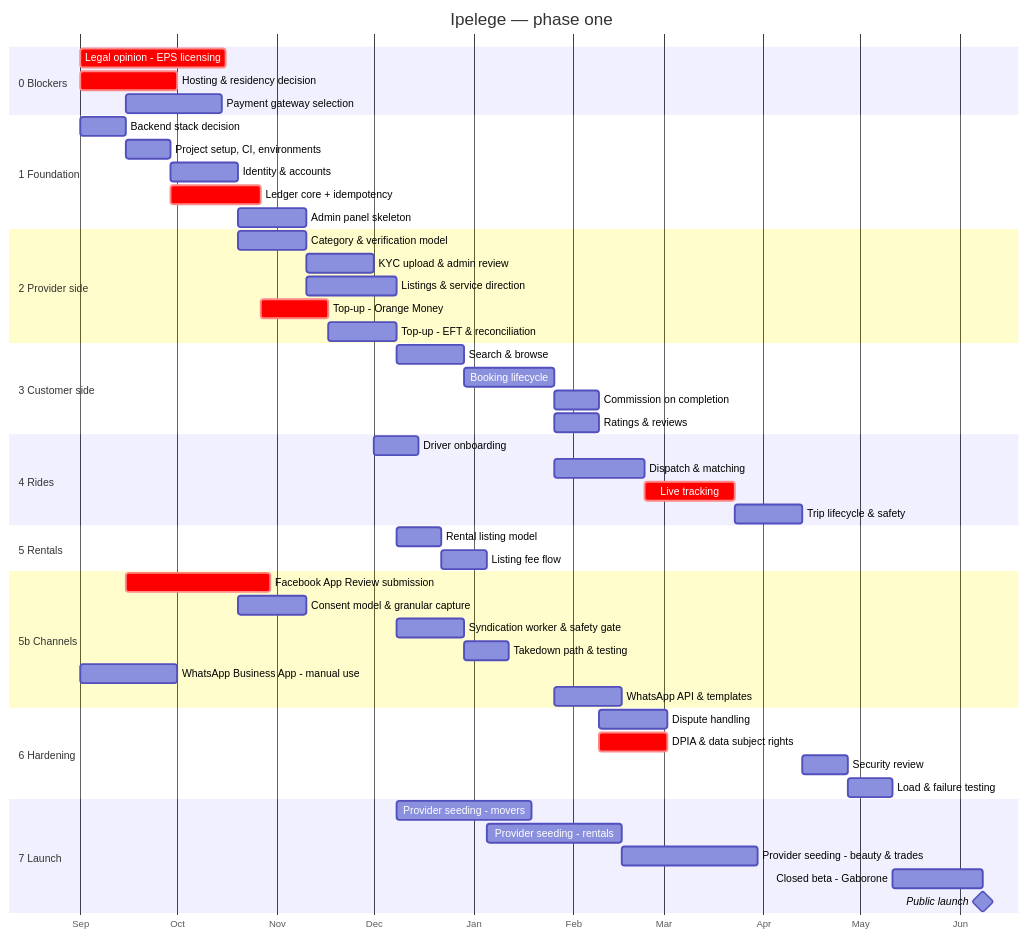
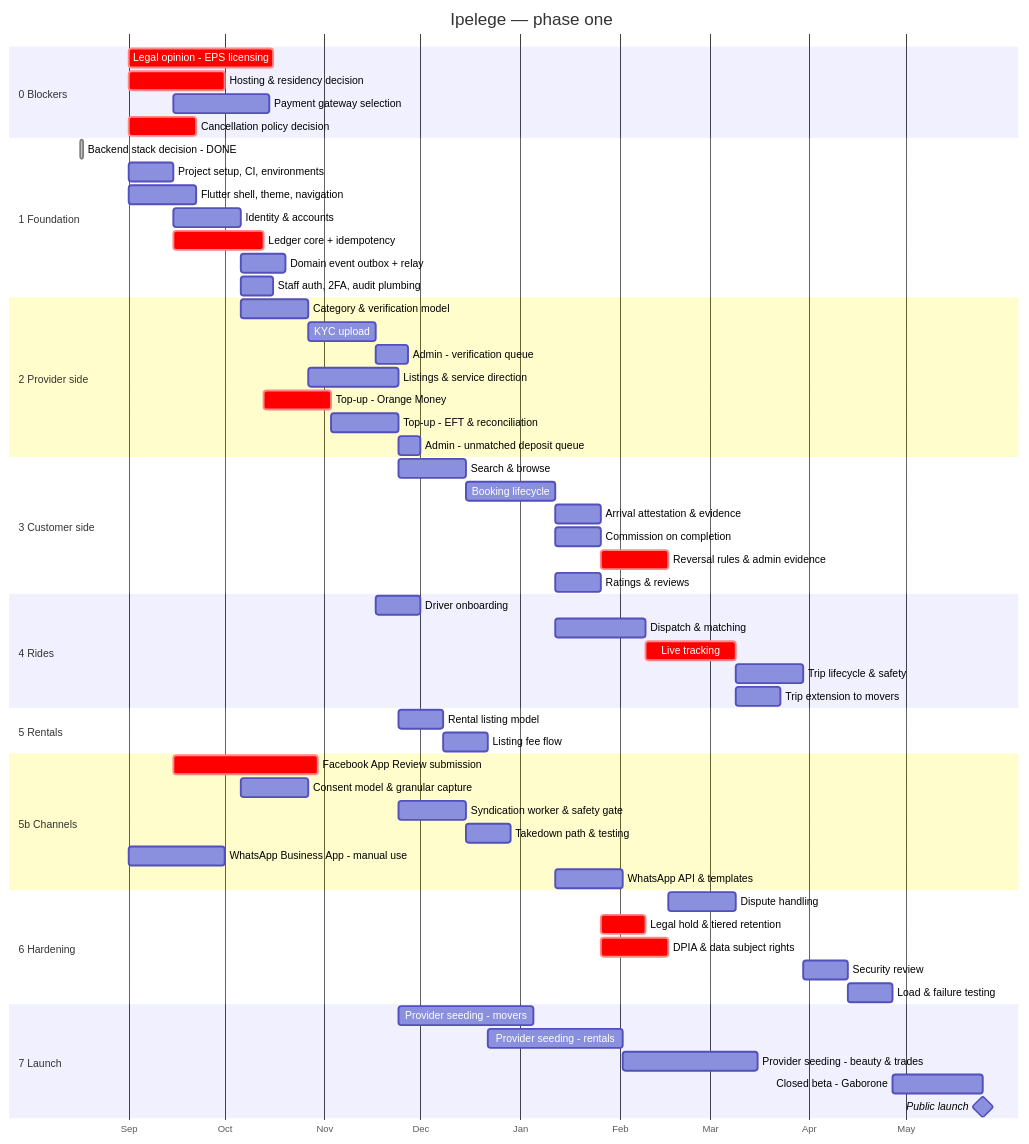
The first of 2 diagrams in docs/project-plan.md (elmo365/ipelegeng), drawn with Mermaid before and after one commit. The commit also changed other lines of this file and 92 other files, not shown here.

````diff
--- a/docs/project-plan.md
+++ b/docs/project-plan.md
@@ -21,62 +26,71 @@
 ```mermaid
 gantt
     title Ipelege — phase one
     dateFormat YYYY-MM-DD
     axisFormat %b
 
     section 0 Blockers
     Legal opinion - EPS licensing      :crit, b1, 2026-09-01, 45d
     Hosting & residency decision       :crit, b2, 2026-09-01, 30d
     Payment gateway selection          :b3, 2026-09-15, 30d
+    Cancellation policy decision       :crit, b4, 2026-09-01, 21d
 
     section 1 Foundation
-    Backend stack decision             :f1, 2026-09-01, 14d
-    Project setup, CI, environments    :f2, after f1, 14d
+    Backend stack decision - DONE      :done, f1, 2026-08-17, 1d
+    Project setup, CI, environments    :f2, 2026-09-01, 14d
+    Flutter shell, theme, navigation   :f2b, 2026-09-01, 21d
     Identity & accounts                :f3, after f2, 21d
     Ledger core + idempotency          :crit, f4, after f2, 28d
-    Admin panel skeleton               :f5, after f3, 21d
+    Domain event outbox + relay        :f4b, after f3, 14d
+    Staff auth, 2FA, audit plumbing    :f5, after f3, 10d
 
     section 2 Provider side
     Category & verification model      :p1, after f3, 21d
-    KYC upload & admin review          :p2, after p1, 21d
+    KYC upload                         :p2, after p1, 21d
+    Admin - verification queue         :p2b, after p2, 10d
     Listings & service direction       :p3, after p1, 28d
     Top-up - Orange Money              :crit, p4, after f4, 21d
     Top-up - EFT & reconciliation      :p5, after p4, 21d
+    Admin - unmatched deposit queue    :p5b, after p5, 7d
 
     section 3 Customer side
     Search & browse                    :c1, after p3, 21d
     Booking lifecycle                  :c2, after c1, 28d
+    Arrival attestation & evidence     :c2b, after c2, 14d
     Commission on completion           :c3, after c2, 14d
+    Reversal rules & admin evidence    :crit, c3b, after c3, 21d
     Ratings & reviews                  :c4, after c2, 14d
 
     section 4 Rides
     Driver onboarding                  :r1, after p2, 14d
     Dispatch & matching                :r2, after c2, 28d
     Live tracking                      :crit, r3, after r2, 28d
     Trip lifecycle & safety            :r4, after r3, 21d
+    Trip extension to movers           :r5, after r3, 14d
 
     section 5 Rentals
     Rental listing model               :n1, after p3, 14d
     Listing fee flow                   :n2, after n1, 14d
 
     section 5b Channels
     Facebook App Review submission     :crit, x1, 2026-09-15, 45d
     Consent model & granular capture   :x2, after f3, 21d
     Syndication worker & safety gate   :x3, after p3, 21d
     Takedown path & testing            :x4, after x3, 14d
     WhatsApp Business App - manual use :x5, 2026-09-01, 30d
     WhatsApp API & templates           :x6, after c2, 21d
 
     section 6 Hardening
-    Dispute handling                   :h1, after c3, 21d
+    Dispute handling                   :h1, after c3b, 21d
+    Legal hold & tiered retention      :crit, h1b, after c2b, 14d
     DPIA & data subject rights         :crit, h2, after c3, 21d
     Security review                    :h3, after r4, 14d
     Load & failure testing             :h4, after h3, 14d
 
     section 7 Launch
     Provider seeding - movers          :l1, after p5, 42d
     Provider seeding - rentals         :l2, after n2, 42d
     Provider seeding - beauty & trades :l3, after l2, 42d
     Closed beta - Gaborone             :l4, after h4, 28d
     Public launch                      :milestone, after l4, 0d
 ```
````
